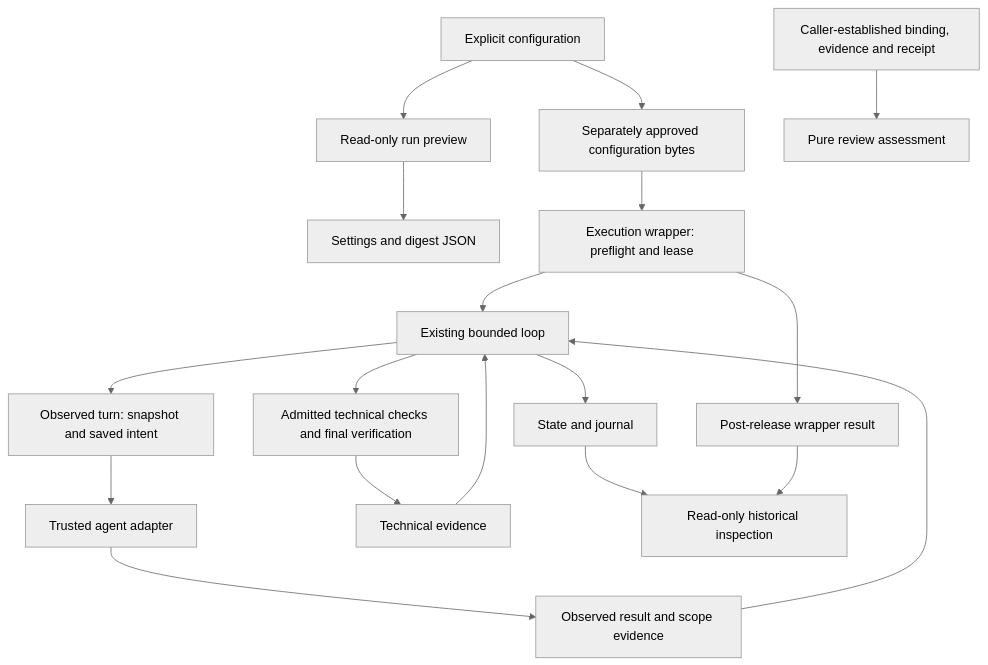
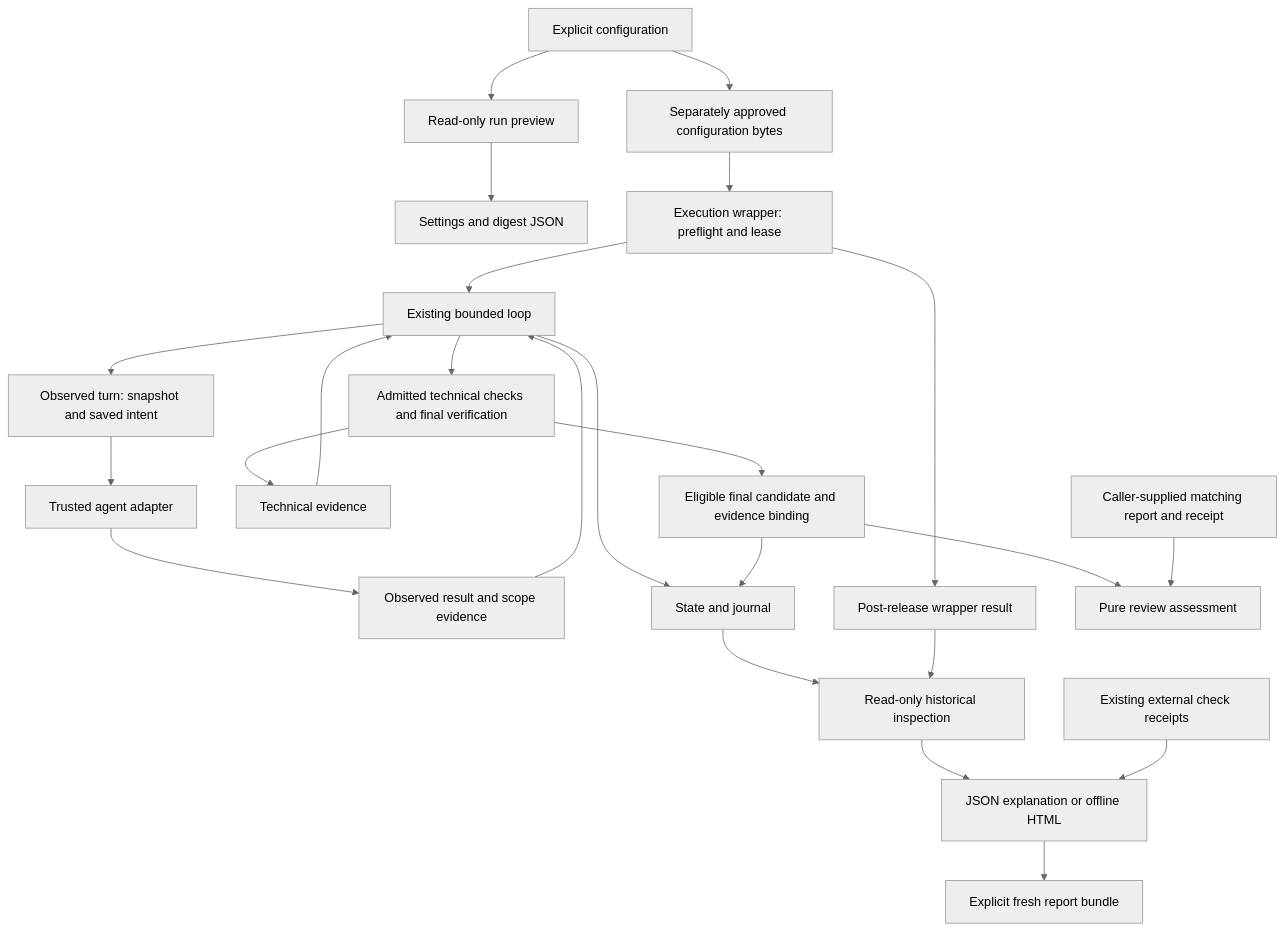
The diagram in docs/project/ARCHITECTURE.md (kssk3/Mercury), drawn with Mermaid (neutral theme) before and after one commit. The commit also changed other lines of this file and 2 other files, not shown here.

````diff
--- a/docs/project/ARCHITECTURE.md
+++ b/docs/project/ARCHITECTURE.md
@@ -25,20 +26,26 @@
 ```mermaid
 flowchart TD
     C[Explicit configuration] --> P[Read-only run preview]
     P --> J[Settings and digest JSON]
     C --> A[Separately approved configuration bytes]
     A --> R[Execution wrapper: preflight and lease]
     R --> L[Existing bounded loop]
     L --> T[Observed turn: snapshot and saved intent]
     T --> N[Trusted agent adapter]
     N --> O[Observed result and scope evidence]
     O --> L
     L --> V[Admitted technical checks and final verification]
     V --> E[Technical evidence]
     E --> L
     L --> S[State and journal]
     R --> F[Post-release wrapper result]
     S --> H[Read-only historical inspection]
     F --> H
-    B[Caller-established binding, evidence and receipt] --> Q[Pure review assessment]
+    V --> B[Eligible final candidate and evidence binding]
+    B --> S
+    B --> Q[Pure review assessment]
+    U[Caller-supplied matching report and receipt] --> Q
+    H --> X[JSON explanation or offline HTML]
+    K[Existing external check receipts] --> X
+    X --> G[Explicit fresh report bundle]
 ```
````
